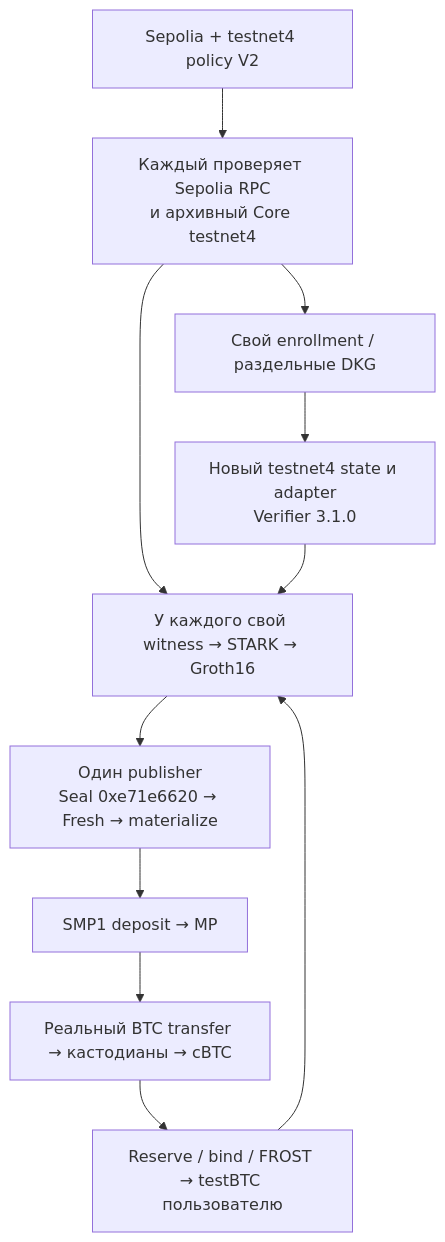
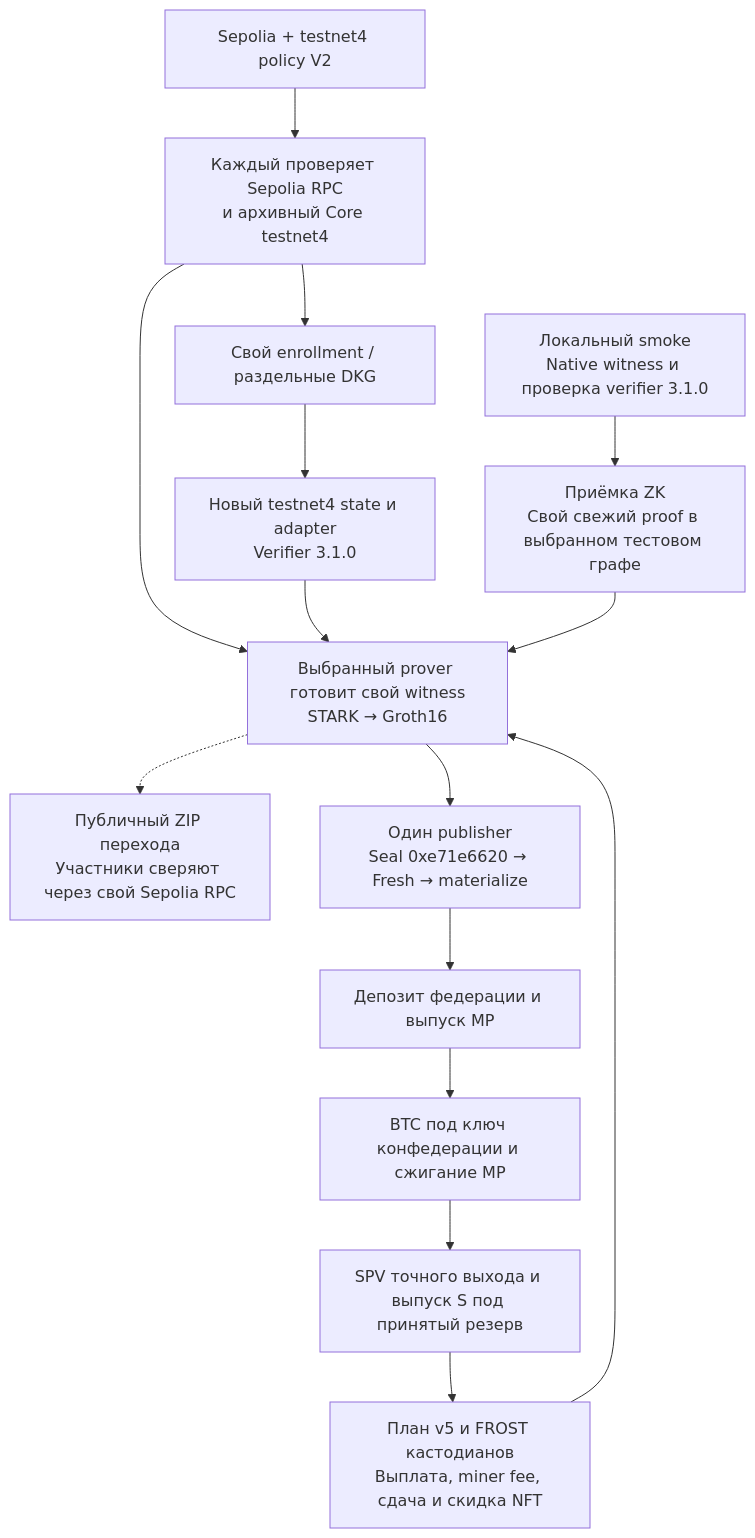
One commit to SergeyBelets/SatFiSetup changed the diagram in docs/ZK_TESTNET4_SEPOLIA.md. Above: the diagram before and after it, drawn with Mermaid. The commit also changed other lines of this file and 3468 other files, not shown here.

````diff
--- a/docs/ZK_TESTNET4_SEPOLIA.md
+++ b/docs/ZK_TESTNET4_SEPOLIA.md
@@ -259,13 +271,18 @@
 ```mermaid
 flowchart TD
+  LOCAL["Локальный smoke<br/>Native witness и проверка verifier 3.1.0"]
+  LOCAL --> GATE["Приёмка ZK<br/>Свой свежий proof в выбранном тестовом графе"]
   POLICY["Sepolia + testnet4 policy V2"] --> RPC["Каждый проверяет Sepolia RPC<br/>и архивный Core testnet4"]
   RPC --> DKG["Свой enrollment / раздельные DKG"]
   DKG --> STATE["Новый testnet4 state и adapter<br/>Verifier 3.1.0"]
-  RPC --> OWN["У каждого свой witness → STARK → Groth16"]
+  RPC --> OWN["Выбранный prover готовит свой witness<br/>STARK → Groth16"]
   STATE --> OWN
+  GATE --> OWN
+  OWN -.-> REVIEW["Публичный ZIP перехода<br/>Участники сверяют через свой Sepolia RPC"]
   OWN --> ACCEPT["Один publisher<br/>Seal 0xe71e6620 → Fresh → materialize"]
-  ACCEPT --> MP["SMP1 deposit → MP"]
-  MP --> TRANSFER["Реальный BTC transfer → кастодианы → cBTC"]
-  TRANSFER --> EXIT["Reserve / bind / FROST → testBTC пользователю"]
+  ACCEPT --> MP["Депозит федерации и выпуск MP"]
+  MP --> TRANSFER["BTC под ключ конфедерации и сжигание MP"]
+  TRANSFER --> ISSUE["SPV точного выхода и выпуск S под принятый резерв"]
+  ISSUE --> EXIT["План v5 и FROST кастодианов<br/>Выплата, miner fee, сдача и скидка NFT"]
   EXIT --> OWN
 ```
````
